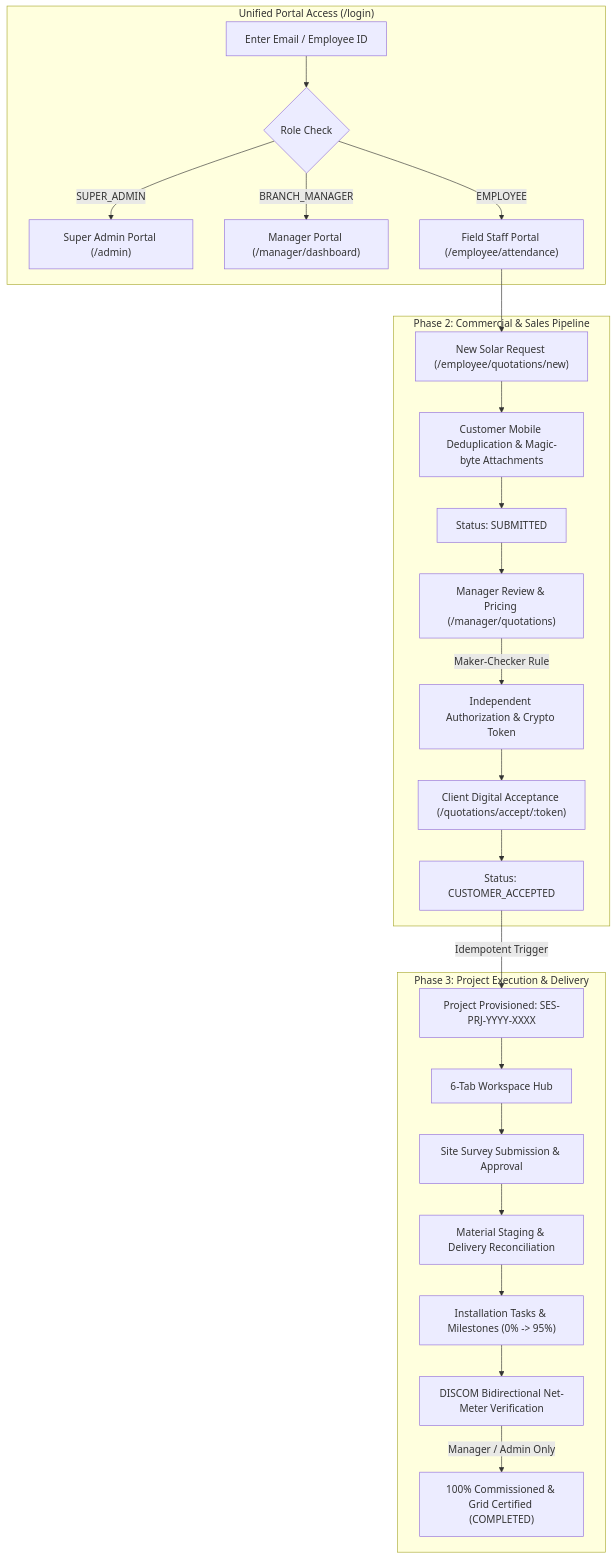
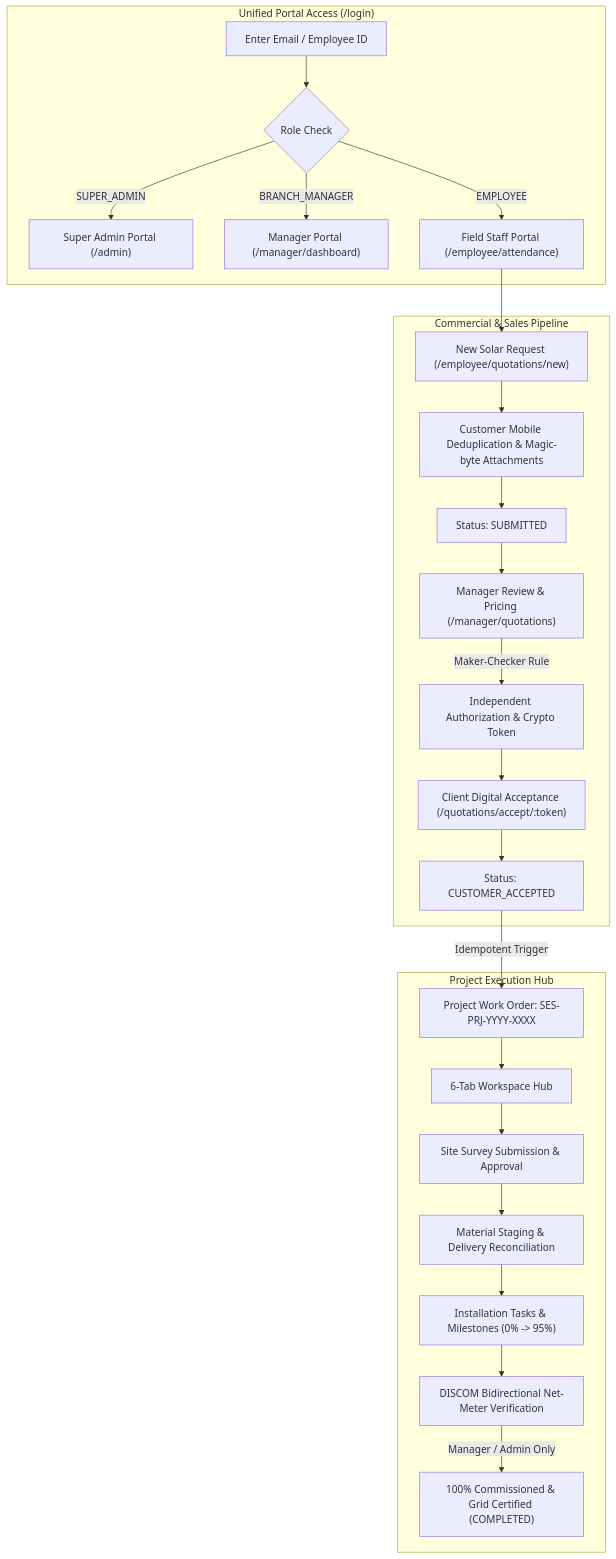
The diagram in README.md (anilsangam/Shivay_energy_solution), drawn with Mermaid before and after one commit. The commit also changed other lines of this file and 73 other files, not shown here.

````diff
--- a/README.md
+++ b/README.md
@@ -40,29 +71,29 @@
 ```mermaid
 flowchart TD
     subgraph Auth["Unified Portal Access (/login)"]
         L[Enter Email / Employee ID] --> A1{Role Check}
         A1 -->|SUPER_ADMIN| R1["Super Admin Portal (/admin)"]
         A1 -->|BRANCH_MANAGER| R2["Manager Portal (/manager/dashboard)"]
         A1 -->|EMPLOYEE| R3["Field Staff Portal (/employee/attendance)"]
     end
 
-    subgraph Phase2["Phase 2: Commercial & Sales Pipeline"]
+    subgraph Commercial["Commercial & Sales Pipeline"]
         R3 --> Q1["New Solar Request (/employee/quotations/new)"]
         Q1 --> Q2["Customer Mobile Deduplication & Magic-byte Attachments"]
         Q2 --> Q3["Status: SUBMITTED"]
         Q3 --> Q4["Manager Review & Pricing (/manager/quotations)"]
         Q4 -->|Maker-Checker Rule| Q5["Independent Authorization & Crypto Token"]
         Q5 --> Q6["Client Digital Acceptance (/quotations/accept/:token)"]
         Q6 --> Q7["Status: CUSTOMER_ACCEPTED"]
     end
 
-    subgraph Phase3["Phase 3: Project Execution & Delivery"]
-        Q7 -->|Idempotent Trigger| P1["Project Provisioned: SES-PRJ-YYYY-XXXX"]
+    subgraph Execution["Project Execution Hub"]
+        Q7 -->|Idempotent Trigger| P1["Project Work Order: SES-PRJ-YYYY-XXXX"]
         P1 --> P2["6-Tab Workspace Hub"]
         P2 --> P3["Site Survey Submission & Approval"]
         P3 --> P4["Material Staging & Delivery Reconciliation"]
         P4 --> P5["Installation Tasks & Milestones (0% -> 95%)"]
         P5 --> P6["DISCOM Bidirectional Net-Meter Verification"]
         P6 -->|Manager / Admin Only| P7["100% Commissioned & Grid Certified (COMPLETED)"]
     end
 ```
````
